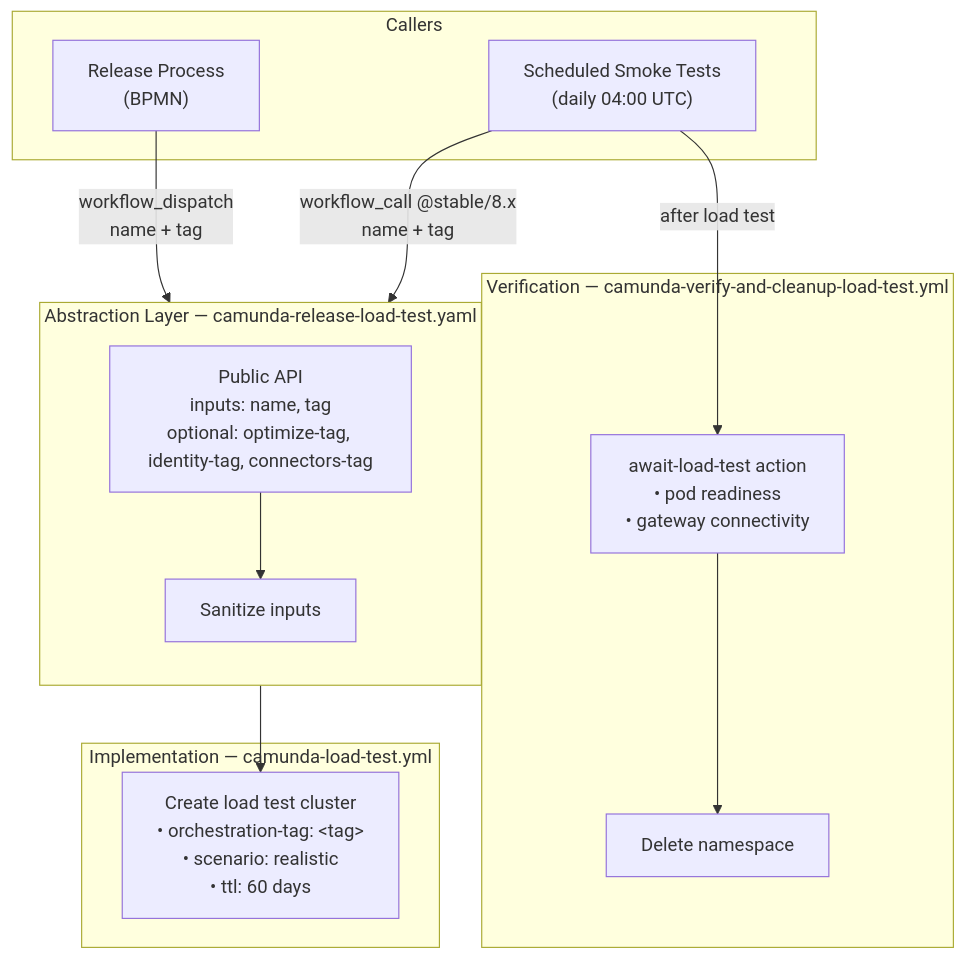
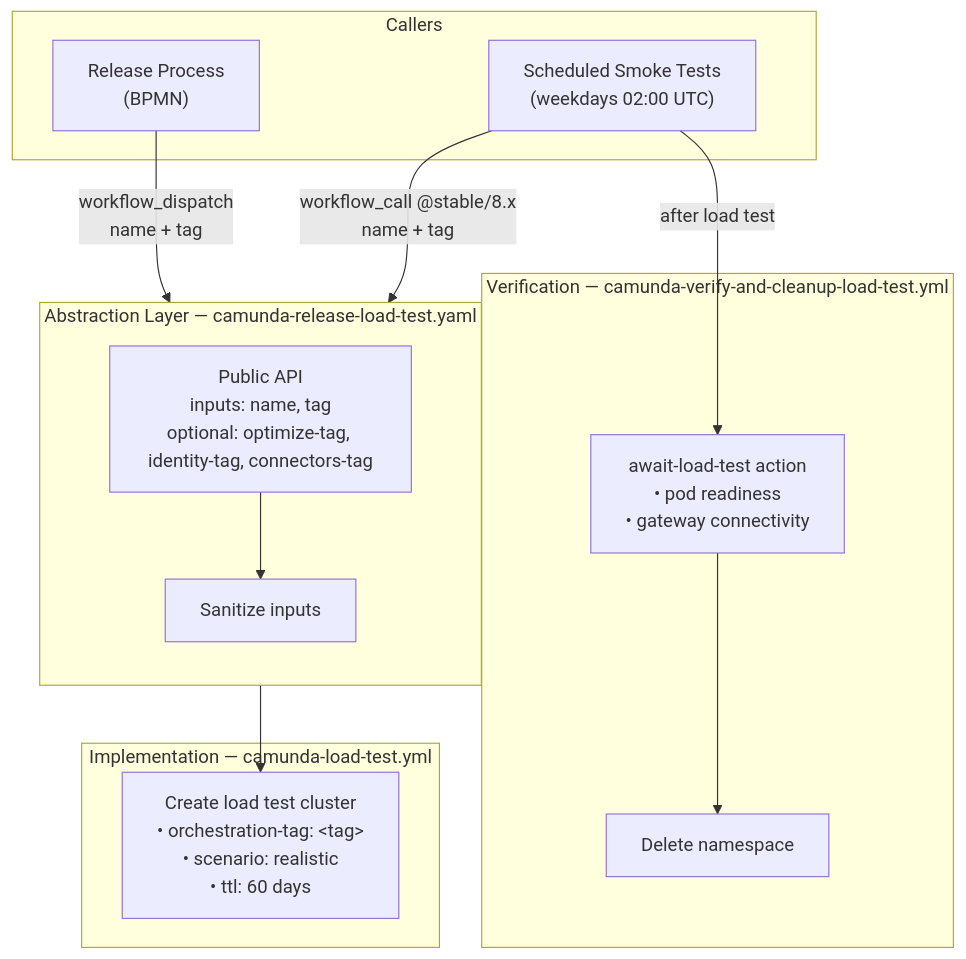
Before and after one commit to camunda/camunda: the second of 2 diagrams in load-tests/README.md, drawn with Mermaid. The commit also changed other lines of this file, not shown here.

Commit message:
docs: adjust to weekdays

````diff
--- a/load-tests/README.md
+++ b/load-tests/README.md
@@ -162,30 +162,30 @@
 ```mermaid
 graph TD
     subgraph "Callers"
         BPMN["Release Process<br/>(BPMN)"]
-        SCHEDULE["Scheduled Smoke Tests<br/>(daily 04:00 UTC)"]
+        SCHEDULE["Scheduled Smoke Tests<br/>(weekdays 02:00 UTC)"]
     end
 
     subgraph "Abstraction Layer — camunda-release-load-test.yaml"
         direction TB
         API["Public API<br/>inputs: name, tag<br/>optional: optimize-tag, identity-tag, connectors-tag"]
         SANITIZE["Sanitize inputs"]
         API --> SANITIZE
     end
 
     subgraph "Implementation — camunda-load-test.yml"
         LOAD["Create load test cluster<br/>• orchestration-tag: &lt;tag&gt;<br/>• scenario: realistic<br/>• ttl: 60 days"]
     end
 
     BPMN -->|"workflow_dispatch<br/>name + tag"| API
     SCHEDULE -->|"workflow_call @stable/8.x<br/>name + tag"| API
     SANITIZE --> LOAD
 
     subgraph "Verification — camunda-verify-and-cleanup-load-test.yml"
         VERIFY["await-load-test action<br/>• pod readiness<br/>• gateway connectivity"]
         CLEANUP["Delete namespace"]
         VERIFY --> CLEANUP
     end
 
     SCHEDULE -->|"after load test"| VERIFY
 ```
````
